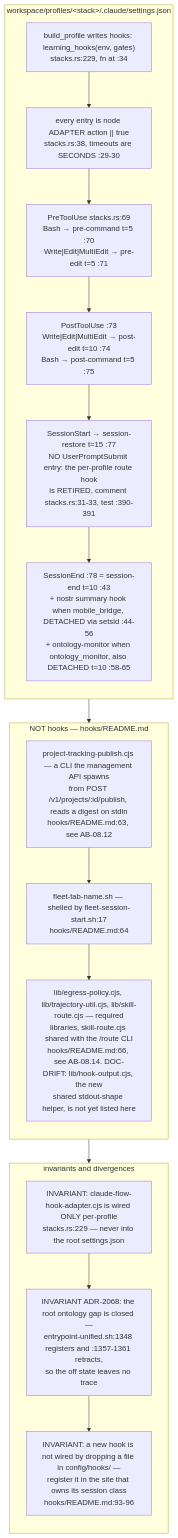
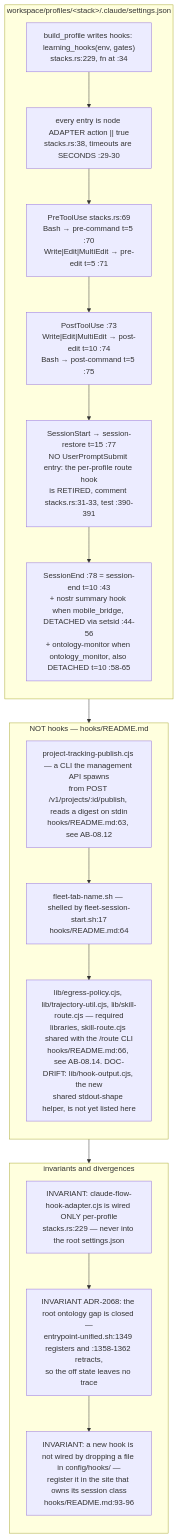
Before and after one commit to DreamLab-AI/VisionFlow: the second of 12 diagrams in docs/diagrams/agentbox/08-hooks-pipeline.md, drawn with Mermaid. The commit also changed other lines of this file and 94 other files, not shown here.

First line of the commit message:
docs(diagrams): re-verify 130 topics against 2 October HEADs

````diff
--- a/docs/diagrams/agentbox/08-hooks-pipeline.md
+++ b/docs/diagrams/agentbox/08-hooks-pipeline.md
@@ -108,28 +108,28 @@
 ```mermaid
 flowchart TB
     subgraph PP["workspace/profiles/#60;stack#62;/.claude/settings.json"]
     direction TB
     P0["build_profile writes hooks: learning_hooks#40;env, gates#41;<br/>stacks.rs:229, fn at :34"]
     P1["every entry is node ADAPTER action #124;#124; true<br/>stacks.rs:38, timeouts are SECONDS :29-30"]
     P2["PreToolUse stacks.rs:69<br/>Bash → pre-command t=5 :70<br/>Write#124;Edit#124;MultiEdit → pre-edit t=5 :71"]
     P3["PostToolUse :73<br/>Write#124;Edit#124;MultiEdit → post-edit t=10 :74<br/>Bash → post-command t=5 :75"]
     P4["SessionStart → session-restore t=15 :77<br/>NO UserPromptSubmit entry: the per-profile route hook<br/>is RETIRED, comment stacks.rs:31-33, test :390-391"]
     P5["SessionEnd :78 = session-end t=10 :43<br/>+ nostr summary hook when mobile_bridge, DETACHED via setsid :44-56<br/>+ ontology-monitor when ontology_monitor, also DETACHED t=10 :58-65"]
     P0 --> P1 --> P2 --> P3 --> P4 --> P5
     end
     subgraph NOT["NOT hooks — hooks/README.md"]
     direction TB
     N1["project-tracking-publish.cjs — a CLI the management API spawns<br/>from POST /v1/projects/:id/publish, reads a digest on stdin<br/>hooks/README.md:63, see AB-08.12"]
     N2["fleet-tab-name.sh — shelled by fleet-session-start.sh:17<br/>hooks/README.md:64"]
     N3["lib/egress-policy.cjs, lib/trajectory-util.cjs, lib/skill-route.cjs — required<br/>libraries, skill-route.cjs shared with the /route CLI<br/>hooks/README.md:66, see AB-08.14. DOC-DRIFT: lib/hook-output.cjs, the new<br/>shared stdout-shape helper, is not yet listed here"]
     N1 --> N2 --> N3
     end
     subgraph INV["invariants and divergences"]
     direction TB
     I1["INVARIANT: claude-flow-hook-adapter.cjs is wired ONLY per-profile<br/>stacks.rs:229 — never into the root settings.json"]
-    I2["INVARIANT ADR-2068: the root ontology gap is closed —<br/>entrypoint-unified.sh:1348 registers and :1357-1361 retracts,<br/>so the off state leaves no trace"]
+    I2["INVARIANT ADR-2068: the root ontology gap is closed —<br/>entrypoint-unified.sh:1349 registers and :1358-1362 retracts,<br/>so the off state leaves no trace"]
     I3["INVARIANT: a new hook is not wired by dropping a file in config/hooks/ —<br/>register it in the site that owns its session class<br/>hooks/README.md:93-96"]
     I1 --> I2 --> I3
     end
     PP --> NOT --> INV
 ```
````
